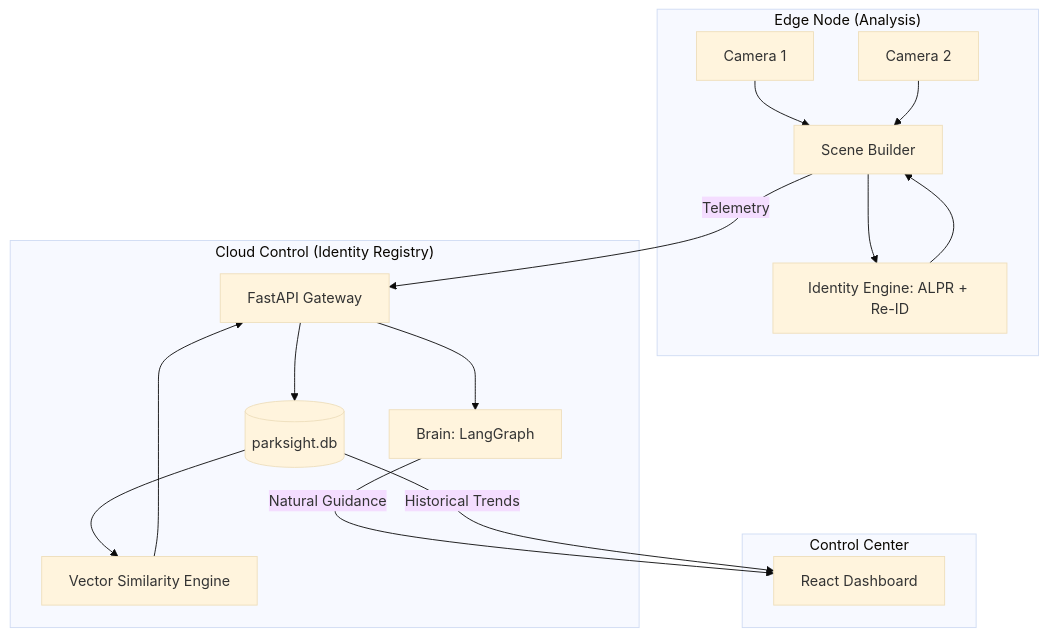
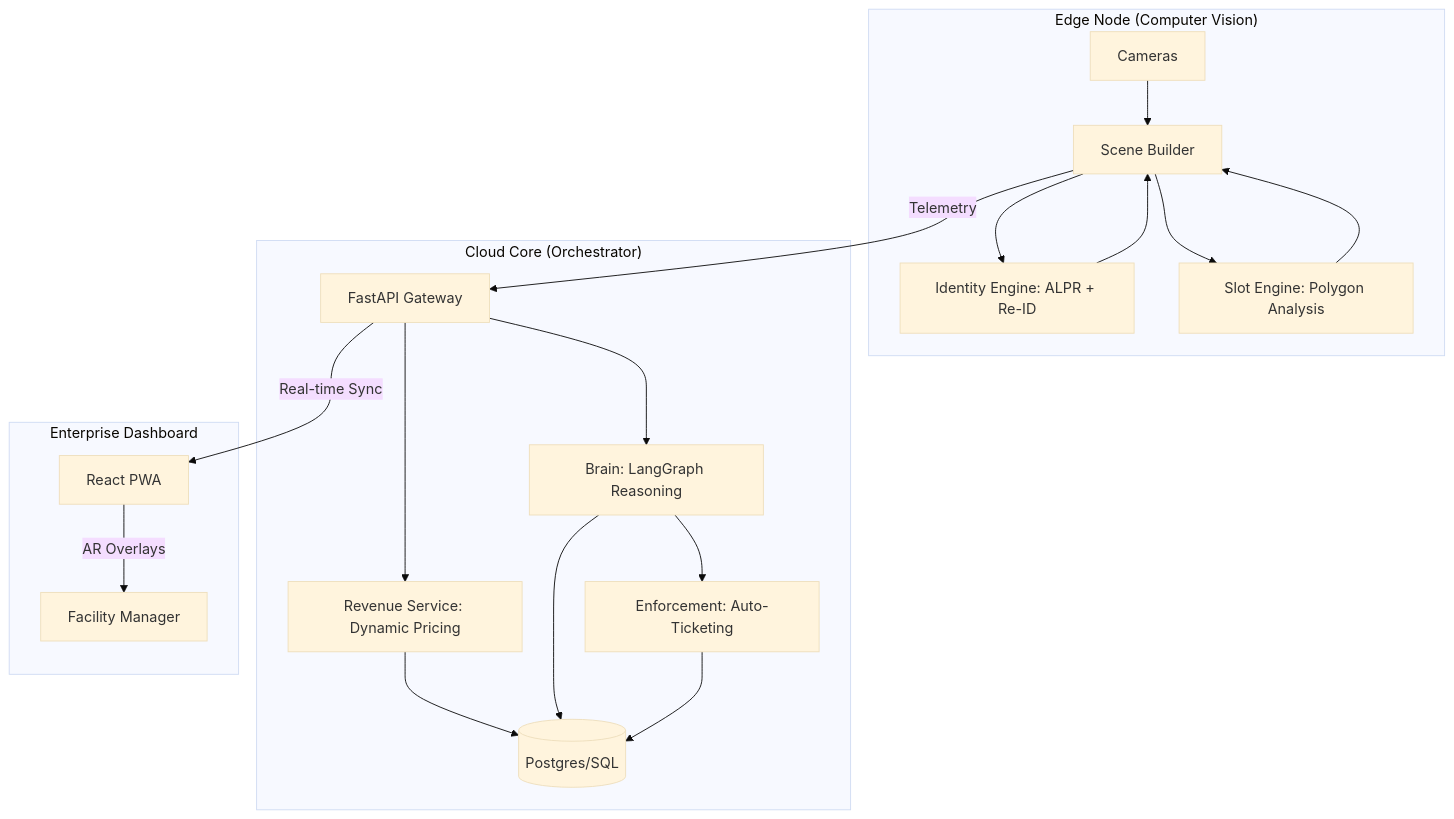
One commit to pranaya-mathur/ParkSight changed the first of 2 diagrams in README.md. Above: the diagram before and after it, drawn with Mermaid (base theme). The commit also changed other lines of this file and 13 other files, not shown here.

````diff
--- a/README.md
+++ b/README.md
@@ -16,22 +16,22 @@
 ```mermaid
 graph TD
-    subgraph Edge ["Edge Node (Analysis)"]
-        Cam1[Camera 1] --> SB[Scene Builder]
-        Cam2[Camera 2] --> SB
+    subgraph Edge ["Edge Node (Computer Vision)"]
+        Cam[Cameras] --> SB[Scene Builder]
         SB --> IE[Identity Engine: ALPR + Re-ID]
-        IE --> SB
+        SB --> SE[Slot Engine: Polygon Analysis]
+        IE & SE --> SB
     end
 
-    subgraph Cloud ["Cloud Control (Identity Registry)"]
+    subgraph Cloud ["Cloud Core (Orchestrator)"]
         SB -- Telemetry --> API[FastAPI Gateway]
-        API --> DB[(parksight.db)]
-        DB --> VS[Vector Similarity Engine]
-        VS --> API
-        API --> BR[Brain: LangGraph]
+        API --> RS[Revenue Service: Dynamic Pricing]
+        API --> BR[Brain: LangGraph Reasoning]
+        BR --> AE[Enforcement: Auto-Ticketing]
+        RS & BR & AE --> DB[(Postgres/SQL)]
     end
 
-    subgraph Frontend ["Control Center"]
-        BR -- Natural Guidance --> UI[React Dashboard]
-        DB -- Historical Trends --> UI
+    subgraph Control_Center ["Enterprise Dashboard"]
+        API -- Real-time Sync --> UI[React PWA]
+        UI -- AR Overlays --> User[Facility Manager]
     end
 ```
````
